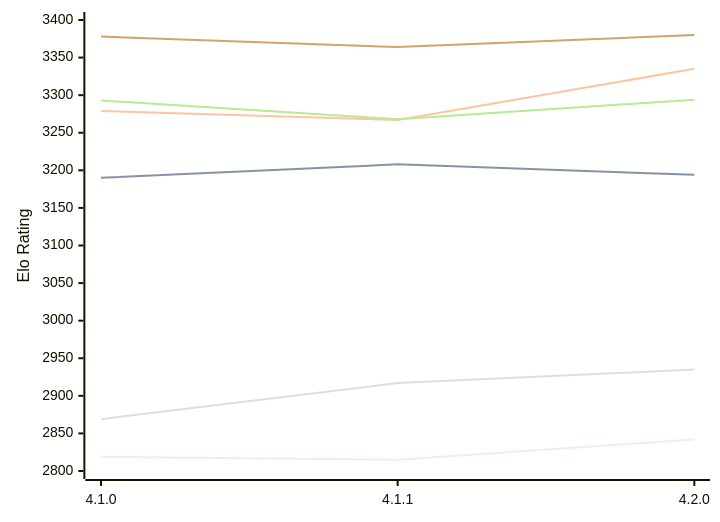
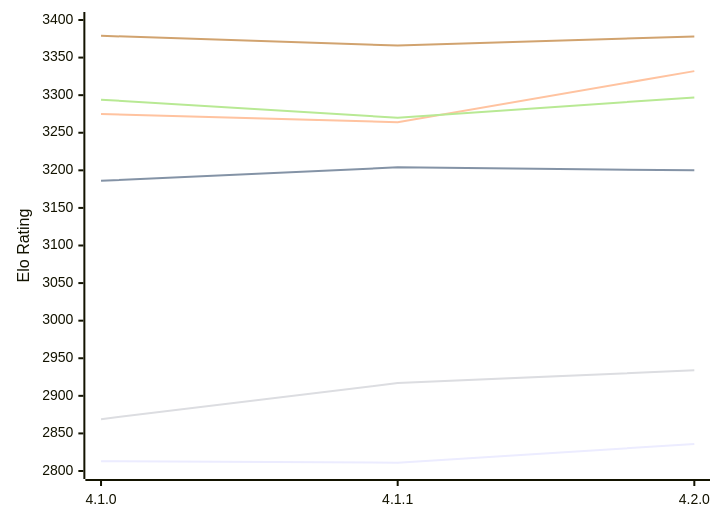
The diagram in engines/LunaChessEngine.md (computer-chess-index/cci), drawn with Mermaid before and after one commit. The commit also changed other lines of this file, not shown here.

Commit message:
Update CCI Ratings (ELO VLTC) - 2026-11-09

````diff
--- a/engines/LunaChessEngine.md
+++ b/engines/LunaChessEngine.md
@@ -51,12 +51,12 @@
 ```mermaid
 %%{init: {"theme":"base","themeVariables":{"seriesColors:['#a3a3a3','#222221','#faa371']}}}%%
 xychart-beta
   x-axis ["4.1.0", "4.1.1", "4.2.0"]
   y-axis "Elo Rating" 2800 --> 3400
-  line "E1: STC (8.0+0.08s)" [2819, 2815, 2842]
-  line "E1: LTC (60.0+0.60s)" [3190, 3208, 3194]
-  line "E1: VLTC (2m24s+1.12s)" [3279, 3267, 3335]
-  line "P1: STC (8.0+0.08s)" [2869, 2917, 2935]
-  line "P1: LTC (60.0+0.60s)" [3293, 3268, 3294]
-  line "P1: VLTC (2m24s+1.12s)" [3378, 3364, 3380]
+  line "E1: STC (8.0+0.08s)" [2813, 2811, 2836]
+  line "E1: LTC (60.0+0.60s)" [3186, 3204, 3200]
+  line "E1: VLTC (2m24s+1.12s)" [3275, 3264, 3332]
+  line "P1: STC (8.0+0.08s)" [2869, 2917, 2934]
+  line "P1: LTC (60.0+0.60s)" [3294, 3270, 3297]
+  line "P1: VLTC (2m24s+1.12s)" [3379, 3366, 3378]
 ```
````
